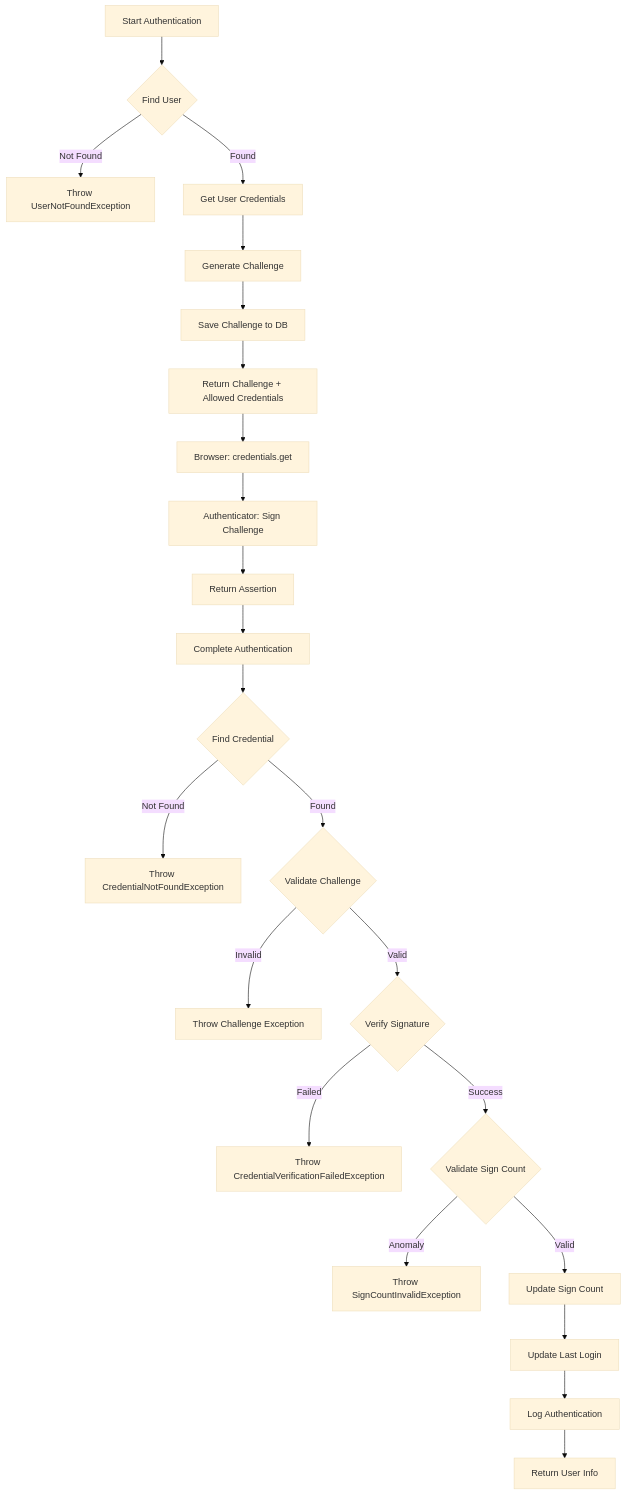
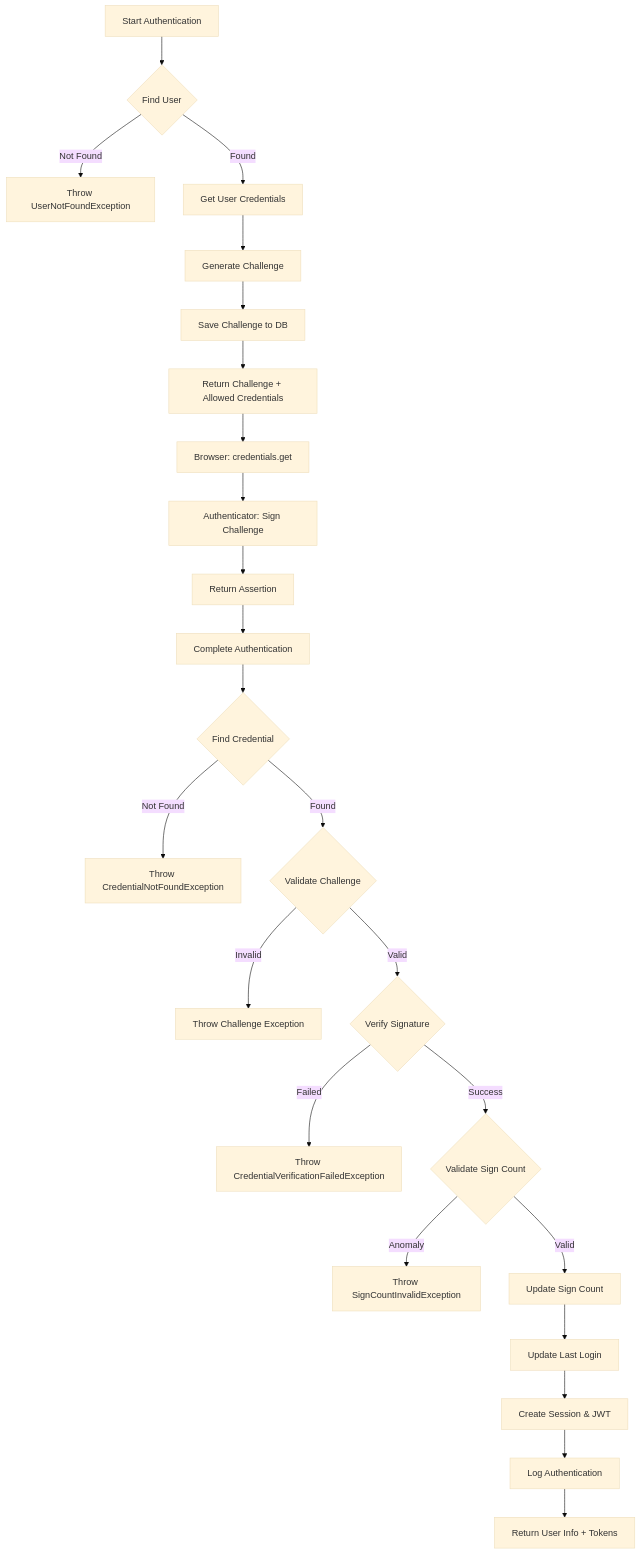
Before and after one commit to trinhvandat/passkey-webauthn: the seventh of 28 diagrams in docs/ARCHITECTURE.md, drawn with Mermaid (base theme). The commit also changed other lines of this file and 75 other files, not shown here.

````diff
--- a/docs/ARCHITECTURE.md
+++ b/docs/ARCHITECTURE.md
@@ -320,25 +335,26 @@
 ```mermaid
 flowchart TD
     A[Start Authentication] --> B{Find User}
     B -->|Not Found| C[Throw UserNotFoundException]
     B -->|Found| D[Get User Credentials]
     D --> E[Generate Challenge]
     E --> F[Save Challenge to DB]
     F --> G[Return Challenge + Allowed Credentials]
     G --> H[Browser: credentials.get]
     H --> I[Authenticator: Sign Challenge]
     I --> J[Return Assertion]
     J --> K[Complete Authentication]
     K --> L{Find Credential}
     L -->|Not Found| M[Throw CredentialNotFoundException]
     L -->|Found| N{Validate Challenge}
     N -->|Invalid| O[Throw Challenge Exception]
     N -->|Valid| P{Verify Signature}
     P -->|Failed| Q[Throw CredentialVerificationFailedException]
     P -->|Success| R{Validate Sign Count}
     R -->|Anomaly| S[Throw SignCountInvalidException]
     R -->|Valid| T[Update Sign Count]
     T --> U[Update Last Login]
-    U --> V[Log Authentication]
-    V --> W[Return User Info]
+    U --> V[Create Session & JWT]
+    V --> W[Log Authentication]
+    W --> X[Return User Info + Tokens]
 ```
````
